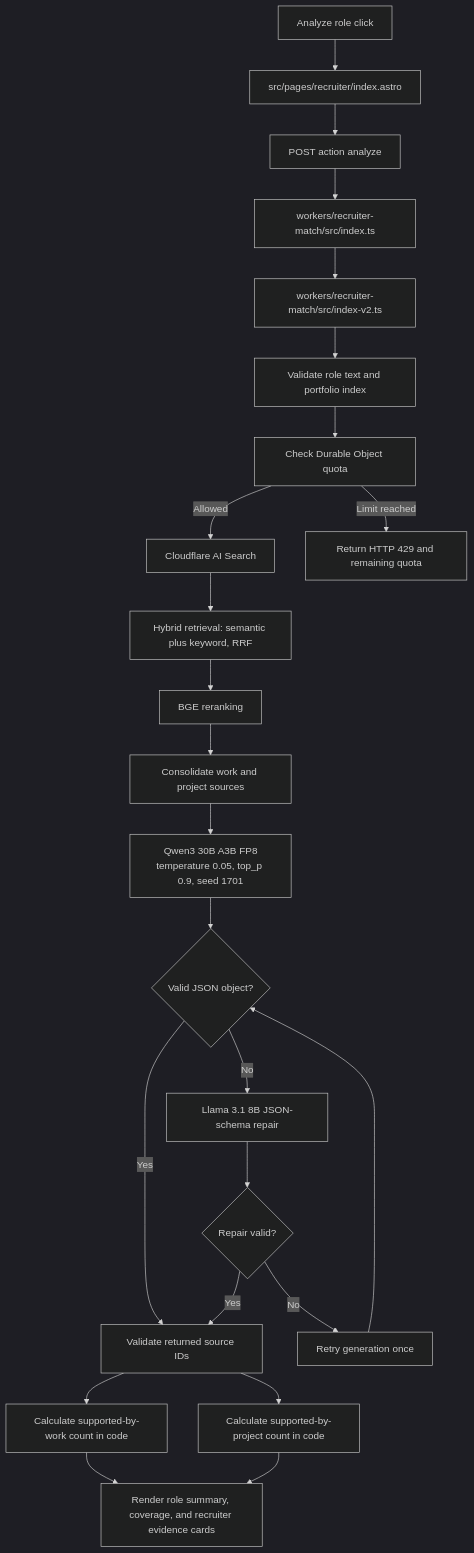
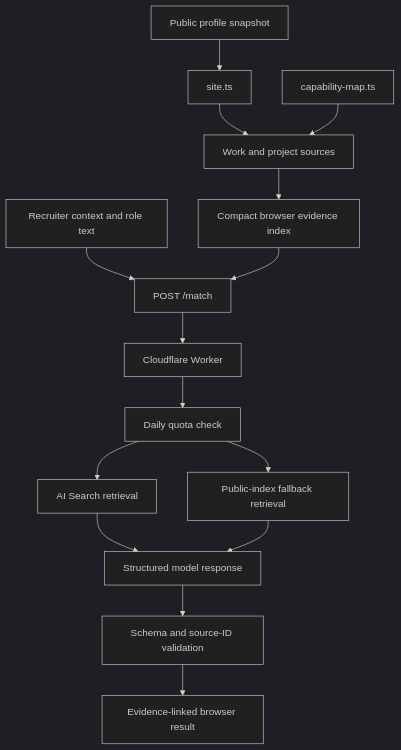
The second of 4 diagrams in docs/RECRUITER_ASSISTANT_WORKFLOW.md (burtonmakes/burtonmakes.github.io), drawn with Mermaid (dark theme) before and after one commit. The commit also changed other lines of this file and 11 other files, not shown here.

````diff
--- a/docs/RECRUITER_ASSISTANT_WORKFLOW.md
+++ b/docs/RECRUITER_ASSISTANT_WORKFLOW.md
@@ -115,26 +26,17 @@
 ```mermaid
 flowchart TD
-    A[Analyze role click] --> B[src/pages/recruiter/index.astro]
-    B --> C[POST action analyze]
-    C --> D[workers/recruiter-match/src/index.ts]
-    D --> E[workers/recruiter-match/src/index-v2.ts]
-    E --> F[Validate role text and portfolio index]
-    F --> G[Check Durable Object quota]
-    G -->|Allowed| H[Cloudflare AI Search]
-    G -->|Limit reached| Z[Return HTTP 429 and remaining quota]
-    H --> I[Hybrid retrieval: semantic plus keyword, RRF]
-    I --> J[BGE reranking]
-    J --> K[Consolidate work and project sources]
-    K --> L[Qwen3 30B A3B FP8<br/>temperature 0.05, top_p 0.9, seed 1701]
-    L --> M{Valid JSON object?}
-    M -->|Yes| N[Validate returned source IDs]
-    M -->|No| R[Llama 3.1 8B JSON-schema repair]
-    R --> S{Repair valid?}
-    S -->|Yes| N
-    S -->|No| T[Retry generation once]
-    T --> M
-    N --> O[Calculate supported-by-work count in code]
-    N --> P[Calculate supported-by-project count in code]
-    O --> Q[Render role summary, coverage, and recruiter evidence cards]
-    P --> Q
+    A["Public profile snapshot"] --> B["site.ts"]
+    B --> C["Work and project sources"]
+    D["capability-map.ts"] --> C
+    C --> E["Compact browser evidence index"]
+    F["Recruiter context and role text"] --> G["POST /match"]
+    E --> G
+    G --> H["Cloudflare Worker"]
+    H --> I["Daily quota check"]
+    I --> J["AI Search retrieval"]
+    I --> K["Public-index fallback retrieval"]
+    J --> L["Structured model response"]
+    K --> L
+    L --> M["Schema and source-ID validation"]
+    M --> N["Evidence-linked browser result"]
 ```
````
